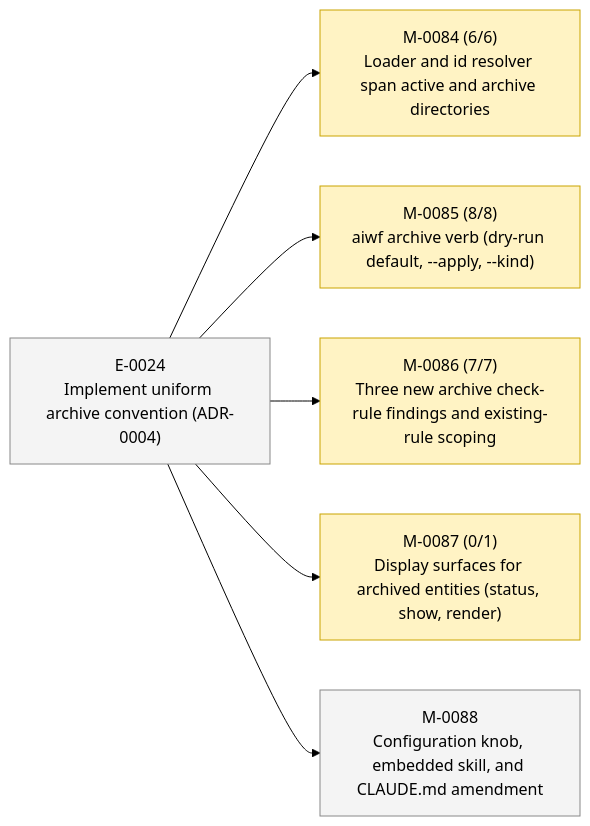
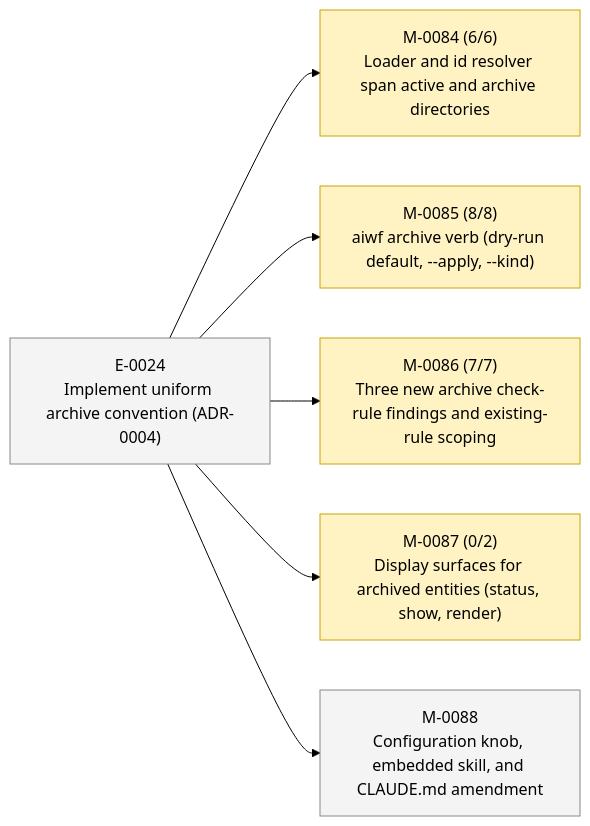
The second of 2 diagrams in STATUS.md (23min/aiwf), drawn with Mermaid (forest theme) before and after one commit. The commit also changed other lines of this file and 1 other file, not shown here.

First line of the commit message:
aiwf add ac M-0087/AC-2 "aiwf status hides sweep-pending line when count is zero"

````diff
--- a/STATUS.md
+++ b/STATUS.md
@@ -49,20 +49,20 @@
 ```mermaid
 flowchart LR
   E_0024["E-0024<br/>Implement uniform archive convention (ADR-0004)"]:::epic_proposed
   M_0084["M-0084 (6/6)<br/>Loader and id resolver span active and archive directories"]:::ms_in_progress
   E_0024 --> M_0084
   M_0085["M-0085 (8/8)<br/>aiwf archive verb (dry-run default, --apply, --kind)"]:::ms_in_progress
   E_0024 --> M_0085
   M_0086["M-0086 (7/7)<br/>Three new archive check-rule findings and existing-rule scoping"]:::ms_in_progress
   E_0024 --> M_0086
-  M_0087["M-0087 (0/1)<br/>Display surfaces for archived entities (status, show, render)"]:::ms_in_progress
+  M_0087["M-0087 (0/2)<br/>Display surfaces for archived entities (status, show, render)"]:::ms_in_progress
   E_0024 --> M_0087
   M_0088["M-0088<br/>Configuration knob, embedded skill, and CLAUDE.md amendment"]:::ms_draft
   E_0024 --> M_0088
   classDef epic_active fill:#d6eaff,stroke:#1a73e8,color:#000
   classDef epic_proposed fill:#f4f4f4,stroke:#888,color:#000
   classDef ms_done fill:#d8f5d8,stroke:#2a8a2a,color:#000
   classDef ms_in_progress fill:#fff3c4,stroke:#caa400,color:#000
   classDef ms_draft fill:#f4f4f4,stroke:#888,color:#000
   classDef ms_cancelled fill:#fbeaea,stroke:#c33,color:#000
 ```
````
